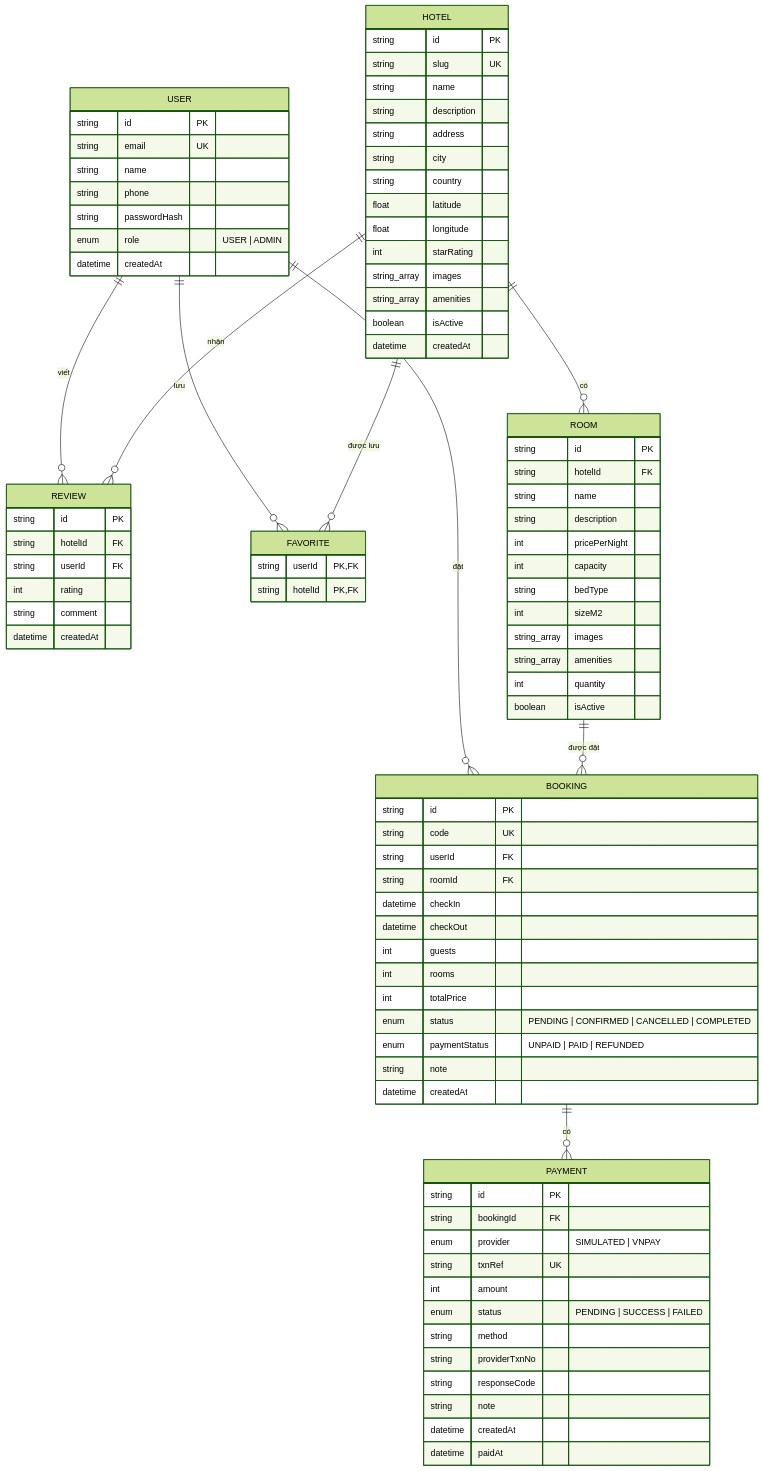
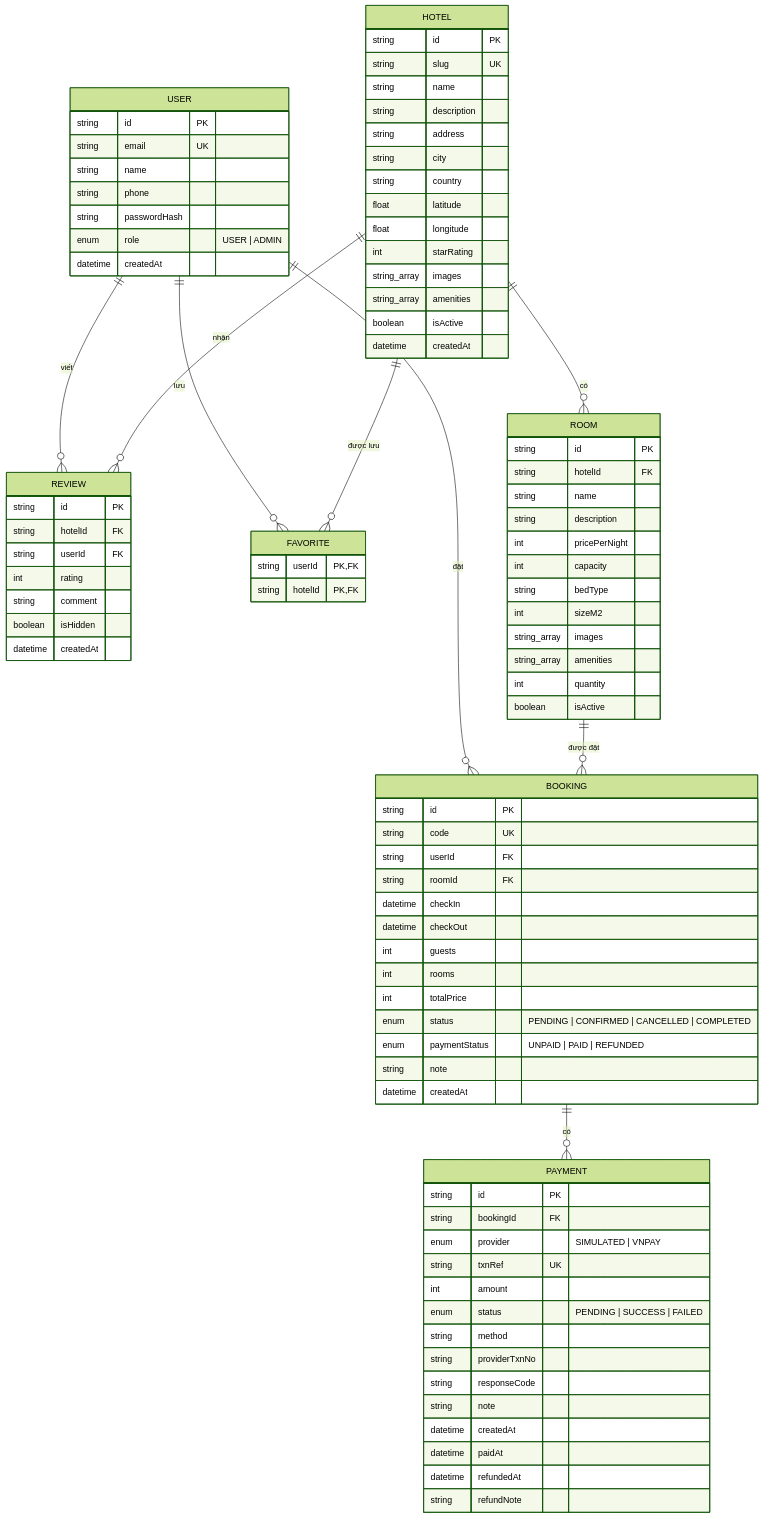
One commit to ongtrumphuong/TTTN_Booking_Hotel changed the diagram in README.md. Above: the diagram before and after it, drawn with Mermaid (forest theme). The commit also changed other lines of this file and 26 other files, not shown here.

First line of the commit message:
Add advanced admin tools: charts, image upload, review moderation, refunds

```diff
--- a/README.md
+++ b/README.md
@@ -178,6 +182,8 @@
         string note
         datetime createdAt
         datetime paidAt
+        datetime refundedAt
+        string refundNote
     }
     REVIEW {
         string id PK
@@ -185,6 +191,7 @@
         string userId FK
         int rating
         string comment
+        boolean isHidden
         datetime createdAt
     }
     FAVORITE {
```
